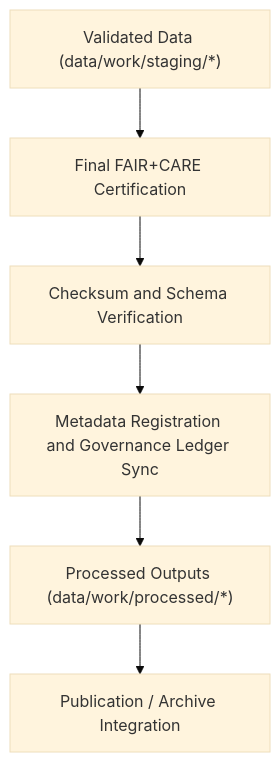
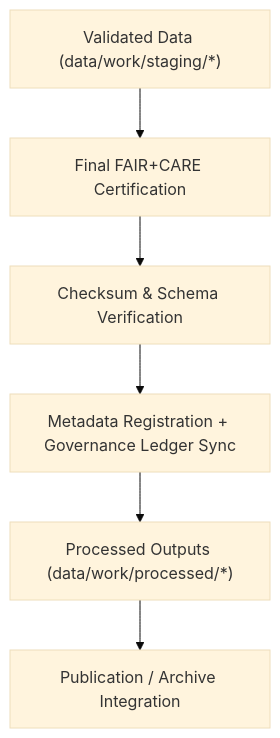
Before and after one commit to bartytime4life/Kansas-Frontier-Matrix: the diagram in data/work/processed/README.md, drawn with Mermaid (base theme). The commit also changed other lines of this file, not shown here.

````diff
--- a/data/work/processed/README.md
+++ b/data/work/processed/README.md
@@ -66,8 +68,8 @@
 ```mermaid
 flowchart TD
     A["Validated Data (data/work/staging/*)"] --> B["Final FAIR+CARE Certification"]
-    B --> C["Checksum and Schema Verification"]
-    C --> D["Metadata Registration and Governance Ledger Sync"]
+    B --> C["Checksum & Schema Verification"]
+    C --> D["Metadata Registration + Governance Ledger Sync"]
     D --> E["Processed Outputs (data/work/processed/*)"]
     E --> F["Publication / Archive Integration"]
 ```
````
